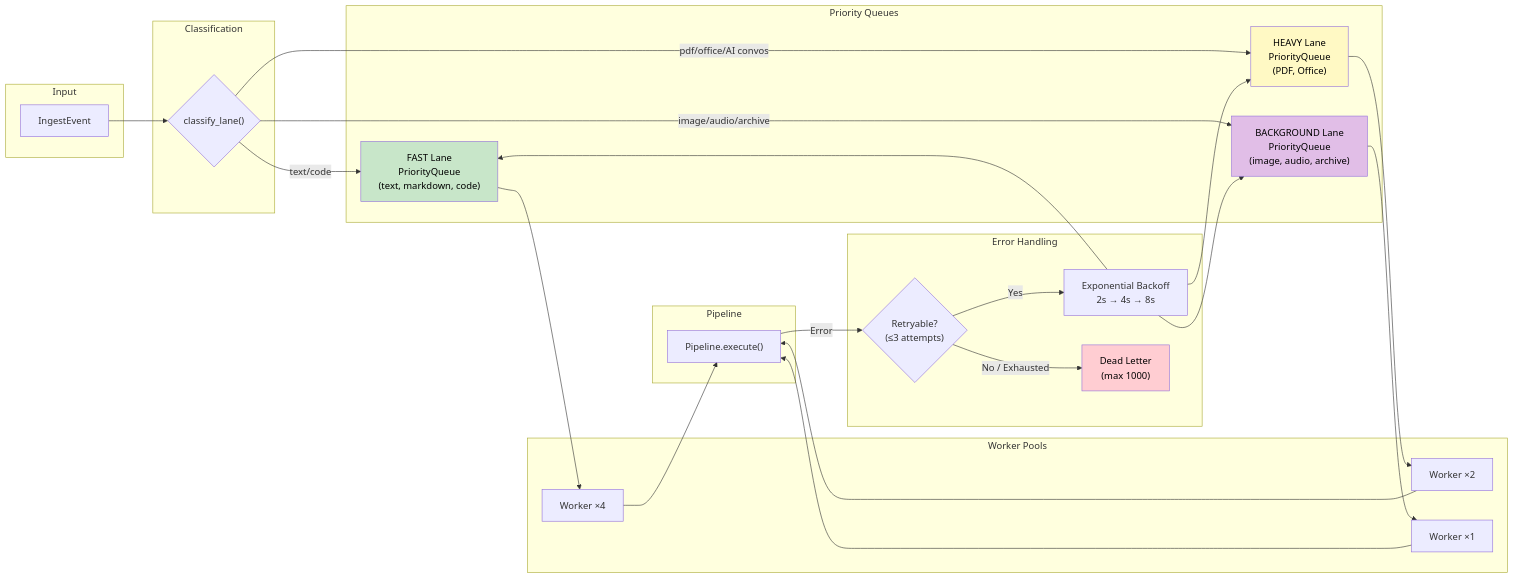
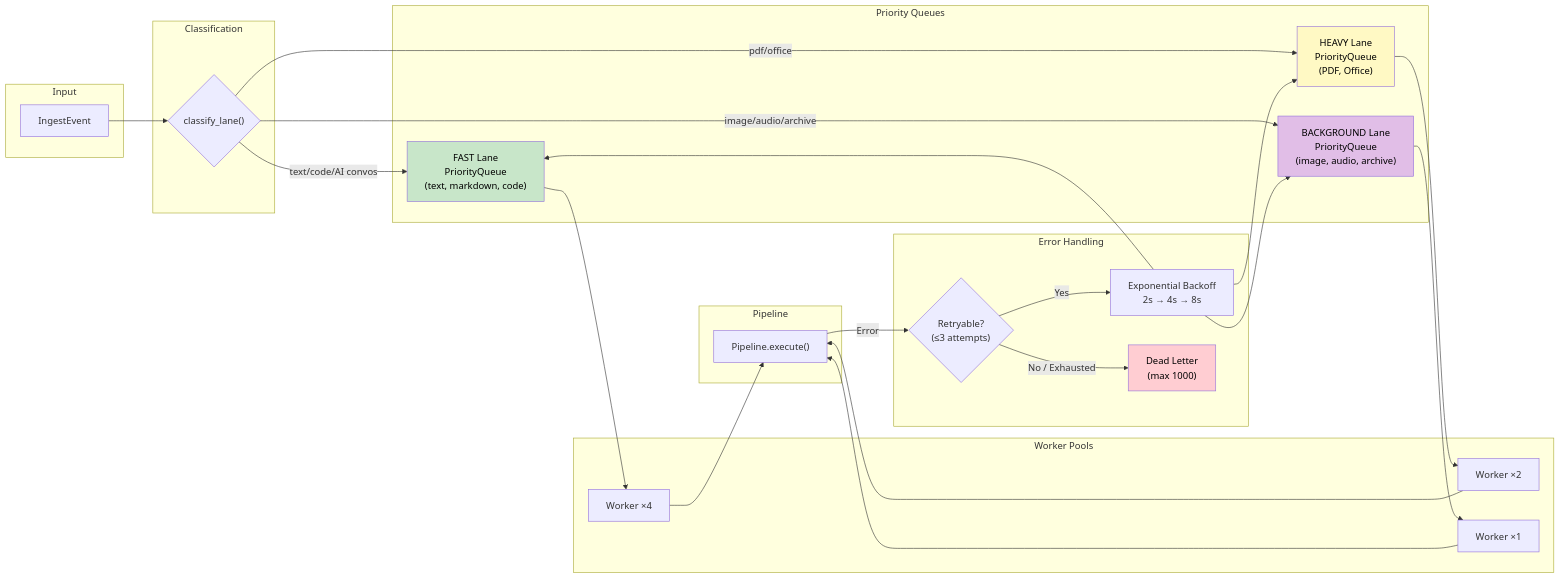
Before and after one commit to ManzilS/LocalBrain: the third of 5 diagrams in ARCHITECTURE.md, drawn with Mermaid. The commit also changed 5 other files, not shown here.

First line of the commit message:
Move AI conversation parsers from heavy lane to fast lane

````diff
--- a/ARCHITECTURE.md
+++ b/ARCHITECTURE.md
@@ -253,54 +253,54 @@
 ```mermaid
 flowchart LR
     subgraph Input
         EVT["IngestEvent"]
     end
 
     subgraph Classification
         CL{"classify_lane()"}
     end
 
     subgraph Queues["Priority Queues"]
         FAST["FAST Lane<br/>PriorityQueue<br/>(text, markdown, code)"]
         HEAVY["HEAVY Lane<br/>PriorityQueue<br/>(PDF, Office)"]
         BG["BACKGROUND Lane<br/>PriorityQueue<br/>(image, audio, archive)"]
     end
 
     subgraph Workers["Worker Pools"]
         W1["Worker ×4"]
         W2["Worker ×2"]
         W3["Worker ×1"]
     end
 
     subgraph Retry["Error Handling"]
         RT{"Retryable?<br/>(≤3 attempts)"}
         BACK["Exponential Backoff<br/>2s → 4s → 8s"]
         DL["Dead Letter<br/>(max 1000)"]
     end
 
     subgraph Pipeline
         EXEC["Pipeline.execute()"]
     end
 
     EVT --> CL
-    CL -->|text/code| FAST
-    CL -->|pdf/office/AI convos| HEAVY
+    CL -->|text/code/AI convos| FAST
+    CL -->|pdf/office| HEAVY
     CL -->|image/audio/archive| BG
 
     FAST --> W1
     HEAVY --> W2
     BG --> W3
 
     W1 --> EXEC
     W2 --> EXEC
     W3 --> EXEC
 
     EXEC -->|Error| RT
     RT -->|Yes| BACK --> FAST & HEAVY & BG
     RT -->|No / Exhausted| DL
 
     style FAST fill:#c8e6c9,color:#000
     style HEAVY fill:#fff9c4,color:#000
     style BG fill:#e1bee7,color:#000
     style DL fill:#ffcdd2,color:#000
 ```
````
